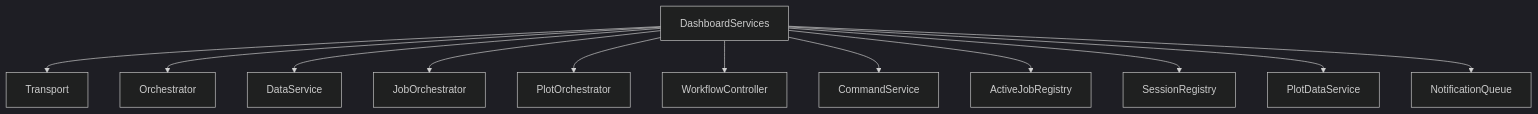
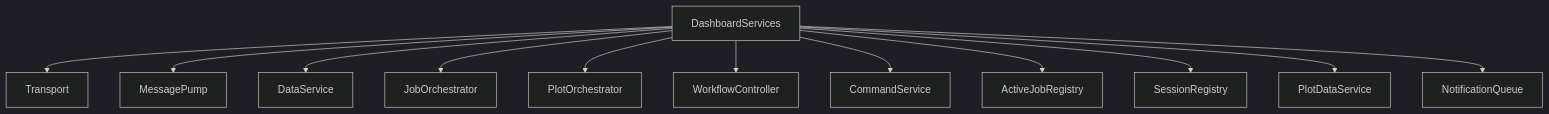
One commit to scipp/esslivedata changed the third of 7 diagrams in docs/developer/design/dashboard-architecture.md. Above: the diagram before and after it, drawn with Mermaid (dark theme). The commit also changed other lines of this file and 23 other files, not shown here.

````diff
--- a/docs/developer/design/dashboard-architecture.md
+++ b/docs/developer/design/dashboard-architecture.md
@@ -110,15 +110,15 @@
 ```mermaid
 flowchart TD
     DS[DashboardServices]
     DS --> Transport
-    DS --> Orchestrator
+    DS --> MessagePump
     DS --> DataService
     DS --> JobOrchestrator
     DS --> PlotOrchestrator
     DS --> WorkflowController
     DS --> CommandService
     DS --> ActiveJobRegistry
     DS --> SessionRegistry
     DS --> PlotDataService
     DS --> NotificationQueue
 ```
````
